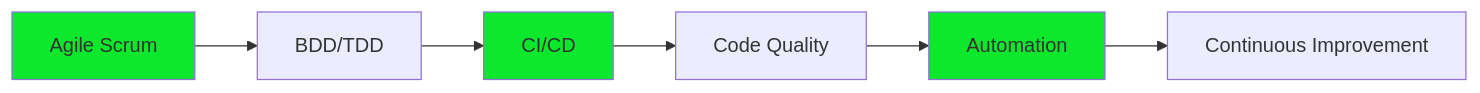
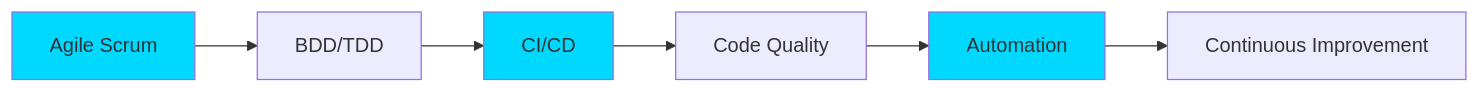
The diagram in README.md (Anassaitouaguerdd/Anassaitouaguerdd), drawn with Mermaid before and after one commit. The commit also changed other lines of this file, not shown here.

````diff
--- a/README.md
+++ b/README.md
@@ -201,11 +201,11 @@
 ```mermaid
 graph LR
     A[Agile Scrum] --> B[BDD/TDD]
     B --> C[CI/CD]
     C --> D[Code Quality]
     D --> E[Automation]
     E --> F[Continuous Improvement]
-    style A fill:#0CE82B
-    style C fill:#0CE82B
-    style E fill:#0CE82B
+    style A fill:#00D9FF
+    style C fill:#00D9FF
+    style E fill:#00D9FF
 ```
````
